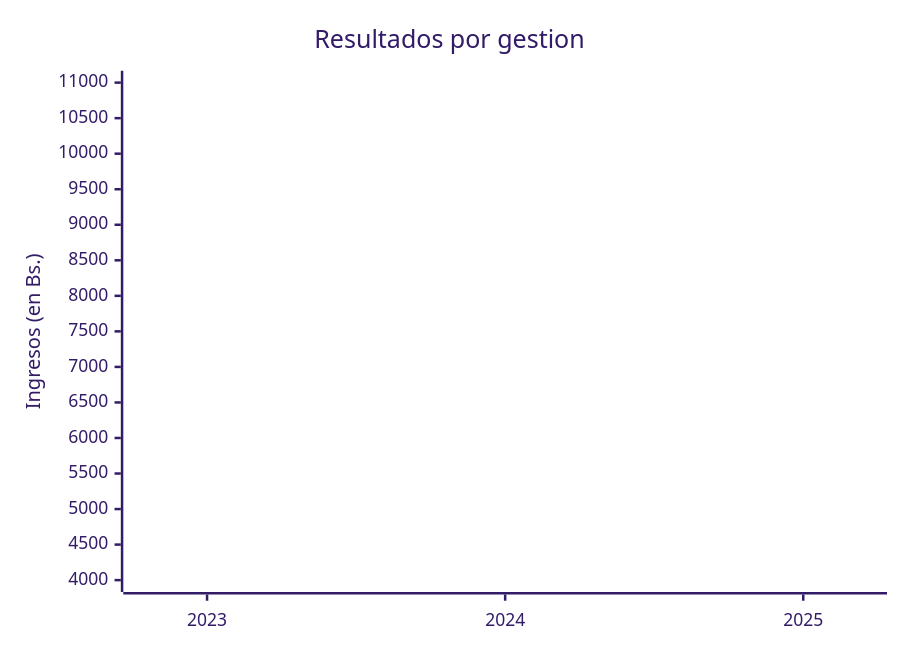
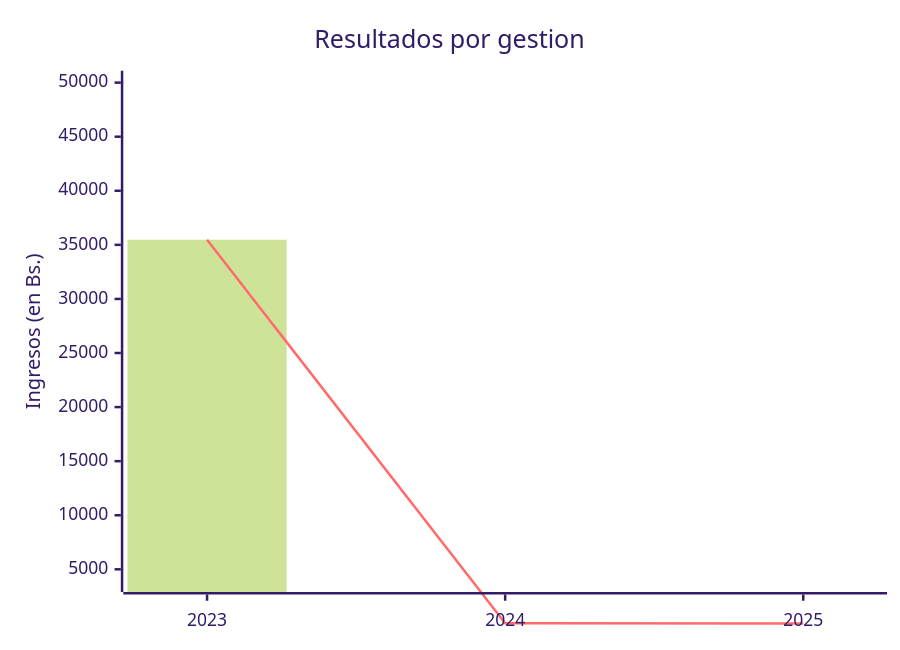
One commit to Condominio-Santa-Maria/.github changed the diagram in profile/README.md. Above: the diagram before and after it, drawn with Mermaid (forest theme).

````diff
--- a/profile/README.md
+++ b/profile/README.md
@@ -17,9 +17,9 @@
 ```mermaid
 xychart-beta
     title "Resultados por gestion"
     x-axis [2023, 2024, 2025]
-    y-axis "Ingresos (en Bs.)" 4000 --> 11000
-    bar [0, 0, 0]
-    line [0, 0, 0]
+    y-axis "Ingresos (en Bs.)" 4000 --> 50000
+    bar [35472,13, 0, 0]
+    line [35472,13, 0, 0]
 
 ```
````
